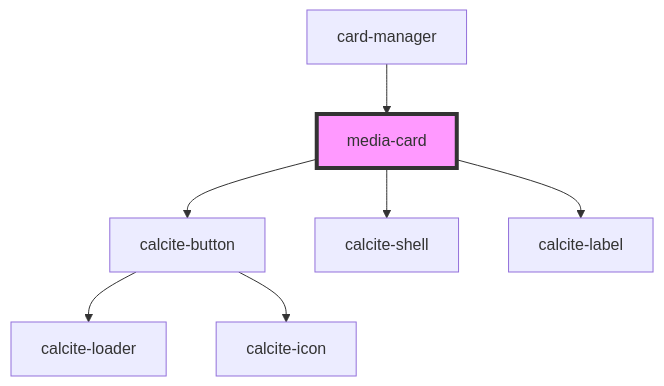
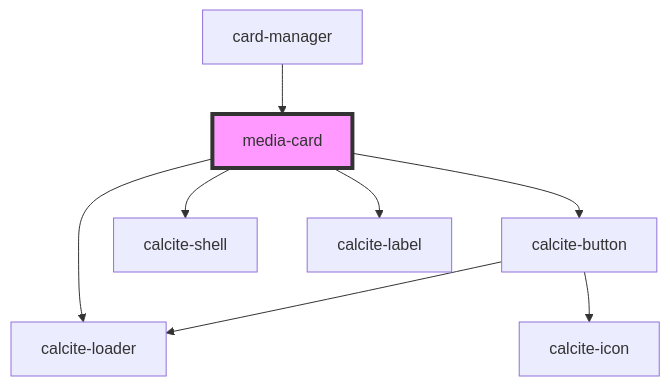
Before and after one commit to Esri/solutions-components: the diagram in src/components/media-card/readme.md, drawn with Mermaid. The commit also changed other lines of this file and 19 other files, not shown here.

````diff
--- a/src/components/media-card/readme.md
+++ b/src/components/media-card/readme.md
@@ -28,10 +30,11 @@
 ```mermaid
 graph TD;
+  media-card --> calcite-loader
   media-card --> calcite-button
   media-card --> calcite-shell
   media-card --> calcite-label
   calcite-button --> calcite-loader
   calcite-button --> calcite-icon
   card-manager --> media-card
   style media-card fill:#f9f,stroke:#333,stroke-width:4px
 ```
````
